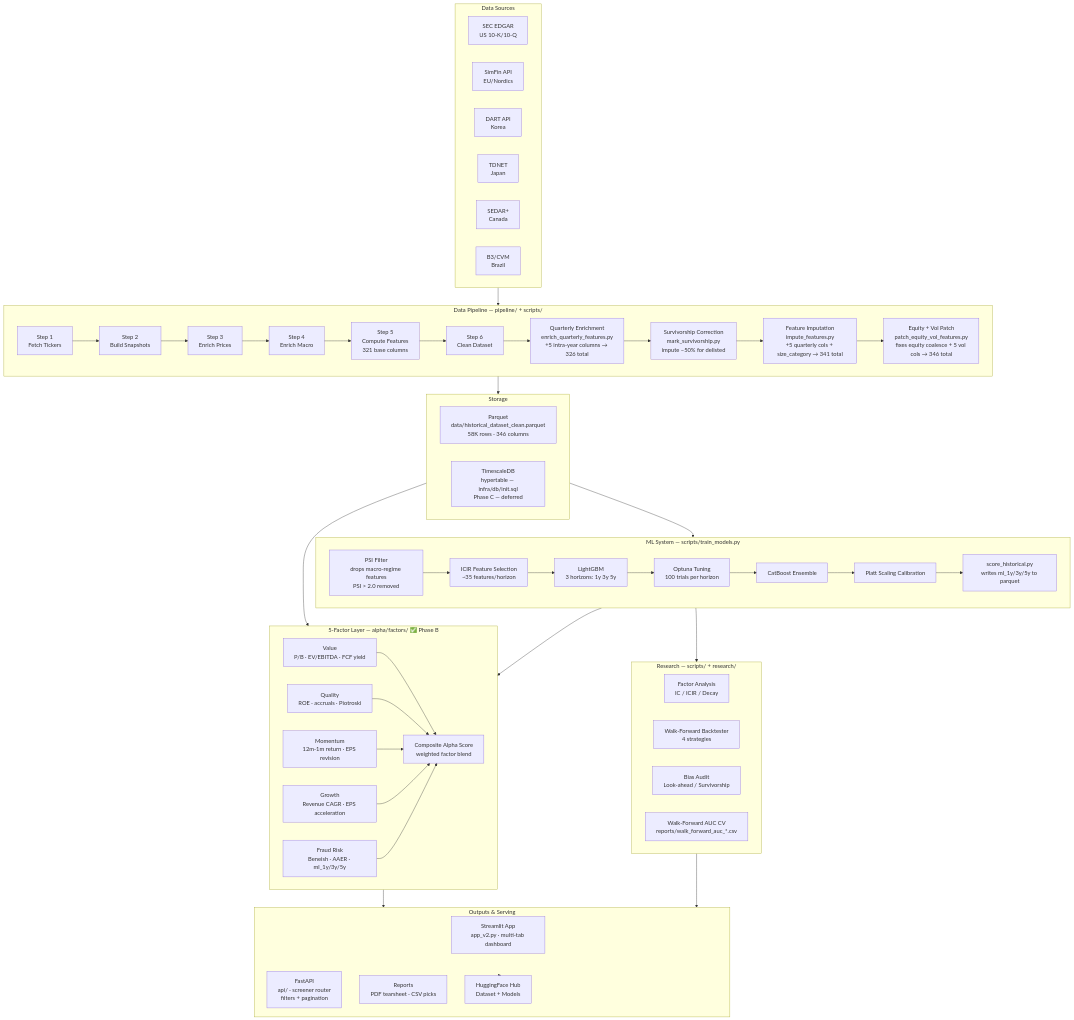
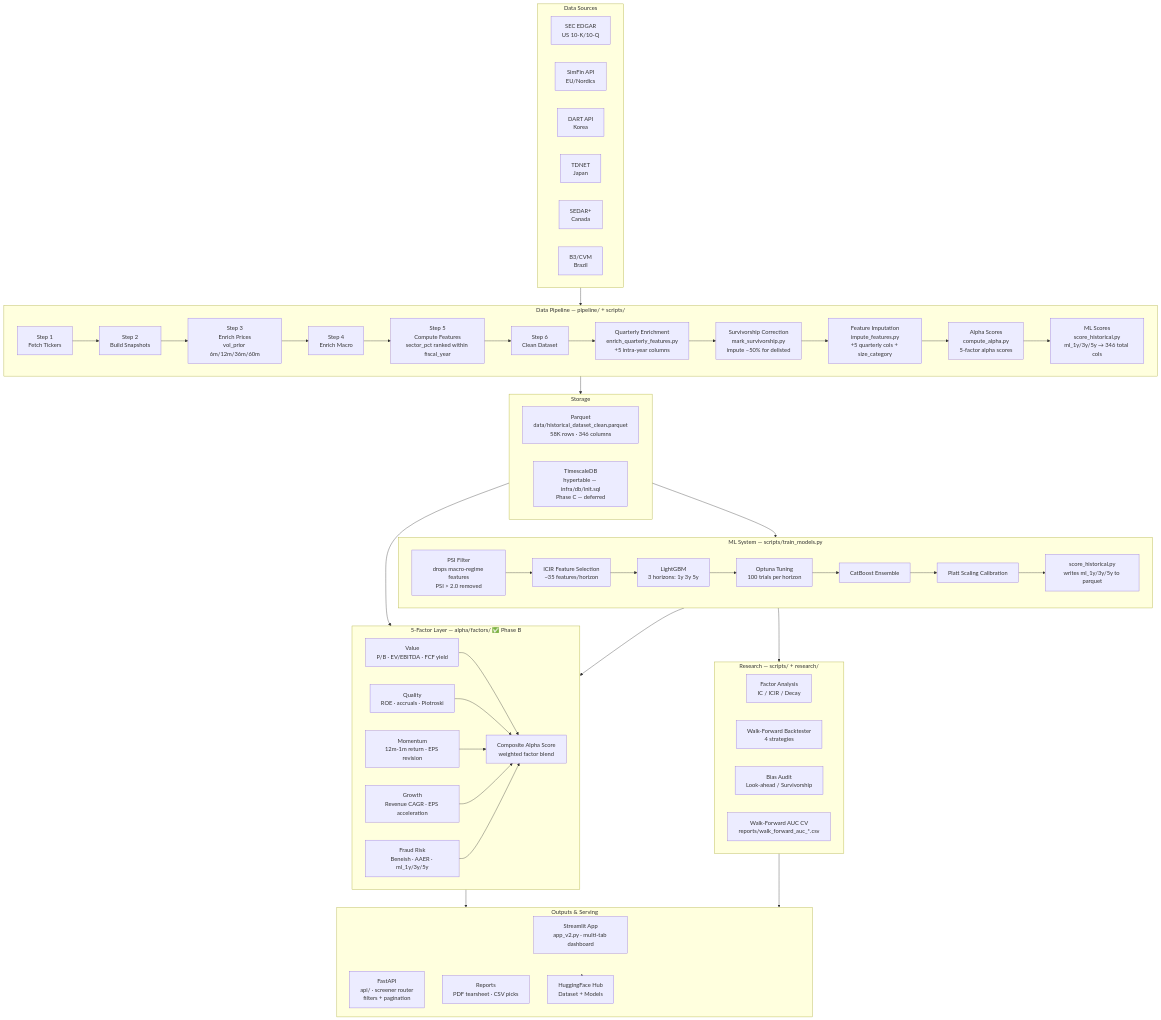
One commit to sherlock718/stock-fraud-screener changed the first of 3 diagrams in docs/architecture.md. Above: the diagram before and after it, drawn with Mermaid. The commit also changed other lines of this file and 15 other files, not shown here.

````diff
--- a/docs/architecture.md
+++ b/docs/architecture.md
@@ -7,75 +7,76 @@
 ```mermaid
 graph TB
     subgraph Sources["Data Sources"]
         A1[SEC EDGAR<br/>US 10-K/10-Q]
         A2[SimFin API<br/>EU/Nordics]
         A3[DART API<br/>Korea]
         A4[TDNET<br/>Japan]
         A5[SEDAR+<br/>Canada]
         A6[B3/CVM<br/>Brazil]
     end
 
     subgraph Pipeline["Data Pipeline — pipeline/ + scripts/"]
         B1[Step 1<br/>Fetch Tickers]
         B2[Step 2<br/>Build Snapshots]
-        B3[Step 3<br/>Enrich Prices]
+        B3[Step 3<br/>Enrich Prices<br/>vol_prior 6m/12m/36m/60m]
         B4[Step 4<br/>Enrich Macro]
-        B5[Step 5<br/>Compute Features<br/>321 base columns]
+        B5[Step 5<br/>Compute Features<br/>sector_pct ranked within fiscal_year]
         B6[Step 6<br/>Clean Dataset]
-        B7[Quarterly Enrichment<br/>enrich_quarterly_features.py<br/>+5 intra-year columns → 326 total]
+        B7[Quarterly Enrichment<br/>enrich_quarterly_features.py<br/>+5 intra-year columns]
         B8[Survivorship Correction<br/>mark_survivorship.py<br/>impute −50% for delisted]
-        B9[Feature Imputation<br/>impute_features.py<br/>+5 quarterly cols + size_category → 341 total]
-        B10[Equity + Vol Patch<br/>patch_equity_vol_features.py<br/>fixes equity coalesce + 5 vol cols → 346 total]
-        B1 --> B2 --> B3 --> B4 --> B5 --> B6 --> B7 --> B8 --> B9 --> B10
+        B9[Feature Imputation<br/>impute_features.py<br/>+5 quarterly cols + size_category]
+        B10[Alpha Scores<br/>compute_alpha.py<br/>5-factor alpha scores]
+        B11[ML Scores<br/>score_historical.py<br/>ml_1y/3y/5y → 346 total cols]
+        B1 --> B2 --> B3 --> B4 --> B5 --> B6 --> B7 --> B8 --> B9 --> B10 --> B11
     end
 
     subgraph Factors["5-Factor Layer — alpha/factors/ ✅ Phase B"]
         F1[Value<br/>P/B · EV/EBITDA · FCF yield]
         F2[Quality<br/>ROE · accruals · Piotroski]
         F3[Momentum<br/>12m-1m return · EPS revision]
         F4[Growth<br/>Revenue CAGR · EPS acceleration]
         F5[Fraud Risk<br/>Beneish · AAER · ml_1y/3y/5y]
         FA[Composite Alpha Score<br/>weighted factor blend]
         F1 & F2 & F3 & F4 & F5 --> FA
     end
 
     subgraph ML["ML System — scripts/train_models.py"]
         C0[PSI Filter<br/>drops macro-regime features<br/>PSI > 2.0 removed]
         C1[ICIR Feature Selection<br/>~35 features/horizon]
         C2[LightGBM<br/>3 horizons: 1y 3y 5y]
         C3[Optuna Tuning<br/>100 trials per horizon]
         C4[CatBoost Ensemble]
         C5[Platt Scaling Calibration]
         C6[score_historical.py<br/>writes ml_1y/3y/5y to parquet]
         C0 --> C1 --> C2 --> C3 --> C4 --> C5 --> C6
     end
 
     subgraph Research["Research — scripts/ + research/"]
         D1[Factor Analysis<br/>IC / ICIR / Decay]
         D2[Walk-Forward Backtester<br/>4 strategies]
         D3[Bias Audit<br/>Look-ahead / Survivorship]
         D4[Walk-Forward AUC CV<br/>reports/walk_forward_auc_*.csv]
     end
 
     subgraph Storage["Storage"]
         S1[Parquet<br/>data/historical_dataset_clean.parquet<br/>58K rows · 346 columns]
         S2[TimescaleDB<br/>hypertable — infra/db/init.sql<br/>Phase C — deferred]
     end
 
     subgraph Outputs["Outputs & Serving"]
         E1[Streamlit App<br/>app_v2.py · multi-tab dashboard]
         E2[FastAPI<br/>api/ · screener router<br/>filters + pagination]
         E3[Reports<br/>PDF tearsheet · CSV picks]
         E4[HuggingFace Hub<br/>Dataset + Models]
     end
 
     Sources --> Pipeline
     Pipeline --> Storage
     Storage --> ML
     Storage --> Factors
     ML --> Factors
     ML --> Research
     Factors --> Outputs
     Research --> Outputs
     Outputs --> E4
 ```
````
